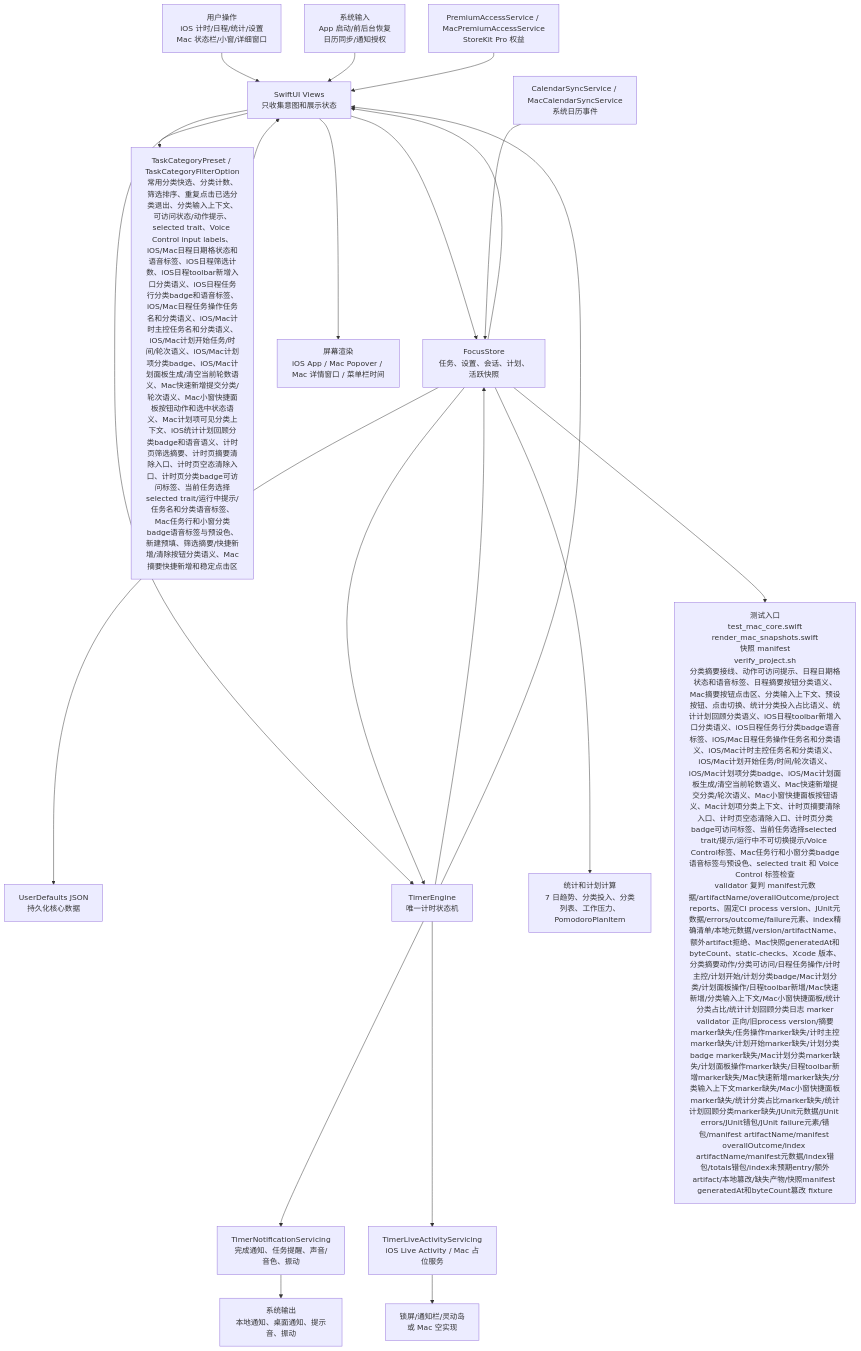
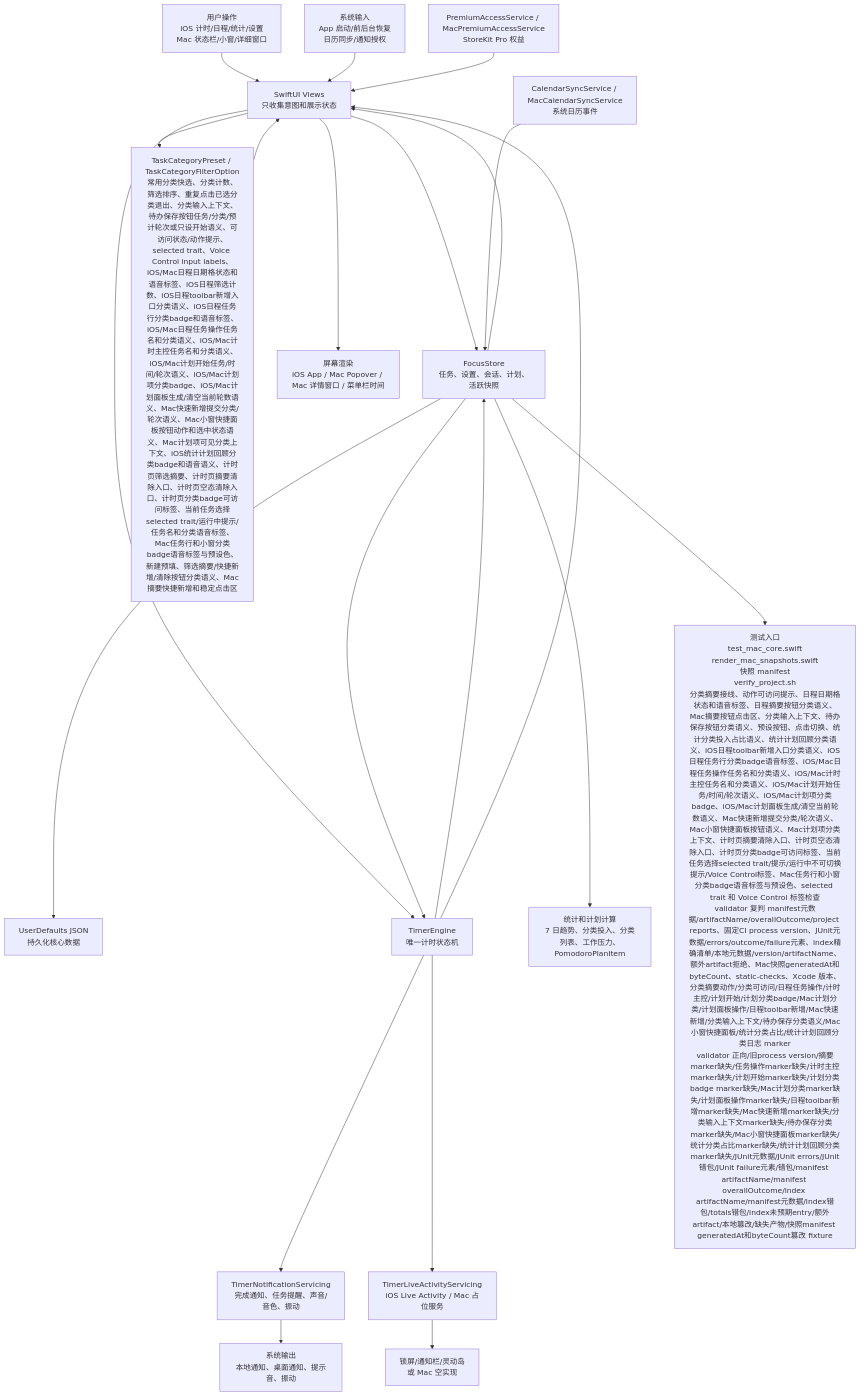
One commit to Altman-sam114/114 changed the first of 6 diagrams in md/flow/flowchart.md. Above: the diagram before and after it, drawn with Mermaid. The commit also changed other lines of this file and 8 other files, not shown here.

````diff
--- a/md/flow/flowchart.md
+++ b/md/flow/flowchart.md
@@ -9,23 +9,23 @@
 ```mermaid
 flowchart TD
   U["用户操作<br/>iOS 计时/日程/统计/设置<br/>Mac 状态栏/小窗/详细窗口"] --> V["SwiftUI Views<br/>只收集意图和展示状态"]
   SYS["系统输入<br/>App 启动/前后台恢复<br/>日历同步/通知授权"] --> V
   V --> S["FocusStore<br/>任务、设置、会话、计划、活跃快照"]
-  V --> CAT["TaskCategoryPreset / TaskCategoryFilterOption<br/>常用分类快选、分类计数、筛选排序、重复点击已选分类退出、分类输入上下文、可访问状态/动作提示、selected trait、Voice Control input labels、iOS/Mac日程日期格状态和语音标签、iOS日程筛选计数、iOS日程toolbar新增入口分类语义、iOS日程任务行分类badge和语音标签、iOS/Mac日程任务操作任务名和分类语义、iOS/Mac计时主控任务名和分类语义、iOS/Mac计划开始任务/时间/轮次语义、iOS/Mac计划项分类badge、iOS/Mac计划面板生成/清空当前轮数语义、Mac快速新增提交分类/轮次语义、Mac小窗快捷面板按钮动作和选中状态语义、Mac计划项可见分类上下文、iOS统计计划回顾分类badge和语音语义、计时页筛选摘要、计时页摘要清除入口、计时页空态清除入口、计时页分类badge可访问标签、当前任务选择selected trait/运行中提示/任务名和分类语音标签、Mac任务行和小窗分类badge语音标签与预设色、新建预填、筛选摘要/快捷新增/清除按钮分类语义、Mac摘要快捷新增和稳定点击区"]
+  V --> CAT["TaskCategoryPreset / TaskCategoryFilterOption<br/>常用分类快选、分类计数、筛选排序、重复点击已选分类退出、分类输入上下文、待办保存按钮任务/分类/预计轮次或只设开始语义、可访问状态/动作提示、selected trait、Voice Control input labels、iOS/Mac日程日期格状态和语音标签、iOS日程筛选计数、iOS日程toolbar新增入口分类语义、iOS日程任务行分类badge和语音标签、iOS/Mac日程任务操作任务名和分类语义、iOS/Mac计时主控任务名和分类语义、iOS/Mac计划开始任务/时间/轮次语义、iOS/Mac计划项分类badge、iOS/Mac计划面板生成/清空当前轮数语义、Mac快速新增提交分类/轮次语义、Mac小窗快捷面板按钮动作和选中状态语义、Mac计划项可见分类上下文、iOS统计计划回顾分类badge和语音语义、计时页筛选摘要、计时页摘要清除入口、计时页空态清除入口、计时页分类badge可访问标签、当前任务选择selected trait/运行中提示/任务名和分类语音标签、Mac任务行和小窗分类badge语音标签与预设色、新建预填、筛选摘要/快捷新增/清除按钮分类语义、Mac摘要快捷新增和稳定点击区"]
   CAT --> V
   S --> P["UserDefaults JSON<br/>持久化核心数据"]
   V --> E["TimerEngine<br/>唯一计时状态机"]
   S --> E
   E --> S
   E --> N["TimerNotificationServicing<br/>完成通知、任务提醒、声音/音色、振动"]
   E --> L["TimerLiveActivityServicing<br/>iOS Live Activity / Mac 占位服务"]
   S --> C["统计和计划计算<br/>7 日趋势、分类投入、分类列表、工作压力、PomodoroPlanItem"]
   CAL["CalendarSyncService / MacCalendarSyncService<br/>系统日历事件"] --> S
   PRO["PremiumAccessService / MacPremiumAccessService<br/>StoreKit Pro 权益"] --> V
   S --> V
   E --> V
   V --> OUT["屏幕渲染<br/>iOS App / Mac Popover / Mac 详情窗口 / 菜单栏时间"]
   N --> OUT2["系统输出<br/>本地通知、桌面通知、提示音、振动"]
   L --> OUT3["锁屏/通知栏/灵动岛<br/>或 Mac 空实现"]
-  S --> T["测试入口<br/>test_mac_core.swift<br/>render_mac_snapshots.swift<br/>快照 manifest<br/>verify_project.sh<br/>分类摘要接线、动作可访问提示、日程日期格状态和语音标签、日程摘要按钮分类语义、Mac摘要按钮点击区、分类输入上下文、预设按钮、点击切换、统计分类投入占比语义、统计计划回顾分类语义、iOS日程toolbar新增入口分类语义、iOS日程任务行分类badge语音标签、iOS/Mac日程任务操作任务名和分类语义、iOS/Mac计时主控任务名和分类语义、iOS/Mac计划开始任务/时间/轮次语义、iOS/Mac计划项分类badge、iOS/Mac计划面板生成/清空当前轮数语义、Mac快速新增提交分类/轮次语义、Mac小窗快捷面板按钮语义、Mac计划项分类上下文、计时页摘要清除入口、计时页空态清除入口、计时页分类badge可访问标签、当前任务选择selected trait/提示/运行中不可切换提示/Voice Control标签、Mac任务行和小窗分类badge语音标签与预设色、selected trait 和 Voice Control 标签检查<br/>validator 复判 manifest元数据/artifactName/overallOutcome/project reports、固定CI process version、JUnit元数据/errors/outcome/failure元素、index精确清单/本地元数据/version/artifactName、额外artifact拒绝、Mac快照generatedAt和byteCount、static-checks、Xcode 版本、分类摘要动作/分类可访问/日程任务操作/计时主控/计划开始/计划分类badge/Mac计划分类/计划面板操作/日程toolbar新增/Mac快速新增/分类输入上下文/Mac小窗快捷面板/统计分类占比/统计计划回顾分类日志 marker<br/>validator 正向/旧process version/摘要marker缺失/任务操作marker缺失/计时主控marker缺失/计划开始marker缺失/计划分类badge marker缺失/Mac计划分类marker缺失/计划面板操作marker缺失/日程toolbar新增marker缺失/Mac快速新增marker缺失/分类输入上下文marker缺失/Mac小窗快捷面板marker缺失/统计分类占比marker缺失/统计计划回顾分类marker缺失/JUnit元数据/JUnit errors/JUnit错包/JUnit failure元素/错包/manifest artifactName/manifest overallOutcome/index artifactName/manifest元数据/index错包/totals错包/index未预期entry/额外artifact/本地篡改/缺失产物/快照manifest generatedAt和byteCount篡改 fixture"]
+  S --> T["测试入口<br/>test_mac_core.swift<br/>render_mac_snapshots.swift<br/>快照 manifest<br/>verify_project.sh<br/>分类摘要接线、动作可访问提示、日程日期格状态和语音标签、日程摘要按钮分类语义、Mac摘要按钮点击区、分类输入上下文、待办保存按钮分类语义、预设按钮、点击切换、统计分类投入占比语义、统计计划回顾分类语义、iOS日程toolbar新增入口分类语义、iOS日程任务行分类badge语音标签、iOS/Mac日程任务操作任务名和分类语义、iOS/Mac计时主控任务名和分类语义、iOS/Mac计划开始任务/时间/轮次语义、iOS/Mac计划项分类badge、iOS/Mac计划面板生成/清空当前轮数语义、Mac快速新增提交分类/轮次语义、Mac小窗快捷面板按钮语义、Mac计划项分类上下文、计时页摘要清除入口、计时页空态清除入口、计时页分类badge可访问标签、当前任务选择selected trait/提示/运行中不可切换提示/Voice Control标签、Mac任务行和小窗分类badge语音标签与预设色、selected trait 和 Voice Control 标签检查<br/>validator 复判 manifest元数据/artifactName/overallOutcome/project reports、固定CI process version、JUnit元数据/errors/outcome/failure元素、index精确清单/本地元数据/version/artifactName、额外artifact拒绝、Mac快照generatedAt和byteCount、static-checks、Xcode 版本、分类摘要动作/分类可访问/日程任务操作/计时主控/计划开始/计划分类badge/Mac计划分类/计划面板操作/日程toolbar新增/Mac快速新增/分类输入上下文/待办保存分类语义/Mac小窗快捷面板/统计分类占比/统计计划回顾分类日志 marker<br/>validator 正向/旧process version/摘要marker缺失/任务操作marker缺失/计时主控marker缺失/计划开始marker缺失/计划分类badge marker缺失/Mac计划分类marker缺失/计划面板操作marker缺失/日程toolbar新增marker缺失/Mac快速新增marker缺失/分类输入上下文marker缺失/待办保存分类marker缺失/Mac小窗快捷面板marker缺失/统计分类占比marker缺失/统计计划回顾分类marker缺失/JUnit元数据/JUnit errors/JUnit错包/JUnit failure元素/错包/manifest artifactName/manifest overallOutcome/index artifactName/manifest元数据/index错包/totals错包/index未预期entry/额外artifact/本地篡改/缺失产物/快照manifest generatedAt和byteCount篡改 fixture"]
 ```
````
